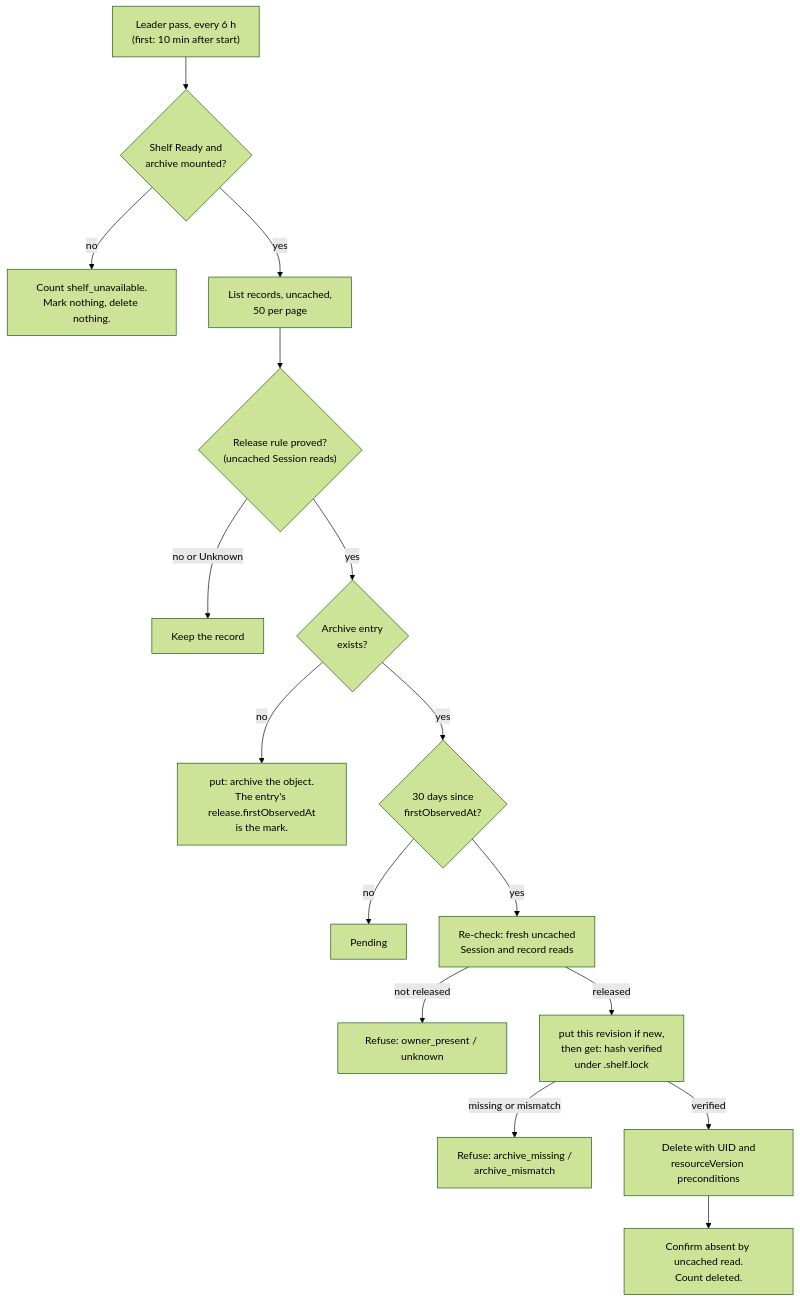
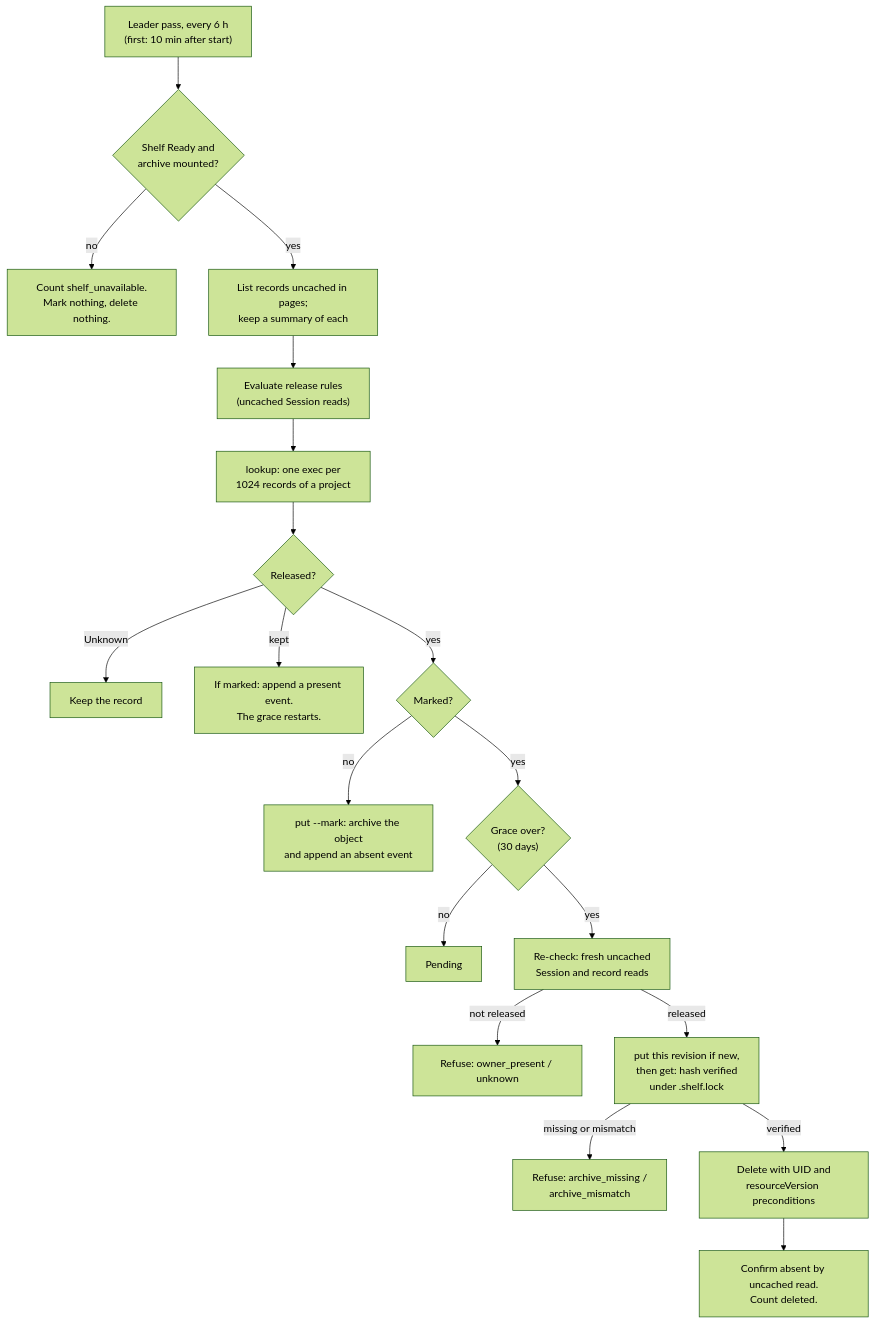
Before and after one commit to thaynes43/dev-env: the diagram in .agents/sagas/distributed-dev-env/designs/024-coordination-record-retention.md, drawn with Mermaid (forest theme). The commit also changed other lines of this file and 7 other files, not shown here.

````diff
--- a/.agents/sagas/distributed-dev-env/designs/024-coordination-record-retention.md
+++ b/.agents/sagas/distributed-dev-env/designs/024-coordination-record-retention.md
@@ -17,18 +18,21 @@
 ```mermaid
 flowchart TD
     L["Leader pass, every 6 h<br/>(first: 10 min after start)"] --> S{"Shelf Ready and<br/>archive mounted?"}
     S -- no --> W["Count shelf_unavailable.<br/>Mark nothing, delete nothing."]
-    S -- yes --> R["List records, uncached,<br/>50 per page"]
-    R --> P{"Release rule proved?<br/>(uncached Session reads)"}
-    P -- "no or Unknown" --> K["Keep the record"]
-    P -- yes --> A{"Archive entry<br/>exists?"}
-    A -- no --> M["put: archive the object.<br/>The entry's release.firstObservedAt<br/>is the mark."]
-    A -- yes --> G{"30 days since<br/>firstObservedAt?"}
+    S -- yes --> R["List records uncached in pages;<br/>keep a summary of each"]
+    R --> P["Evaluate release rules<br/>(uncached Session reads)"]
+    P --> LK["lookup: one exec per<br/>1024 records of a project"]
+    LK --> Q{"Released?"}
+    Q -- "Unknown" --> K["Keep the record"]
+    Q -- "kept" --> PR["If marked: append a present event.<br/>The grace restarts."]
+    Q -- yes --> A{"Marked?"}
+    A -- no --> M["put --mark: archive the object<br/>and append an absent event"]
+    A -- yes --> G{"Grace over?<br/>(30 days)"}
     G -- no --> PD["Pending"]
     G -- yes --> RC["Re-check: fresh uncached<br/>Session and record reads"]
     RC -- "not released" --> RF["Refuse: owner_present / unknown"]
     RC -- released --> V["put this revision if new,<br/>then get: hash verified<br/>under .shelf.lock"]
     V -- "missing or mismatch" --> RF2["Refuse: archive_missing /<br/>archive_mismatch"]
     V -- verified --> D["Delete with UID and<br/>resourceVersion preconditions"]
     D --> C["Confirm absent by uncached read.<br/>Count deleted."]
 ```
````
